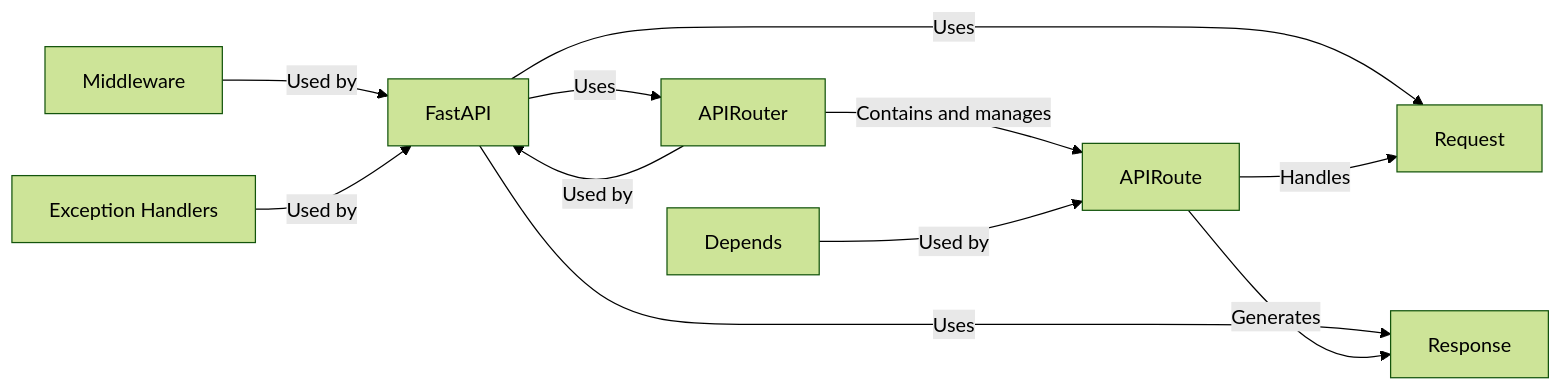
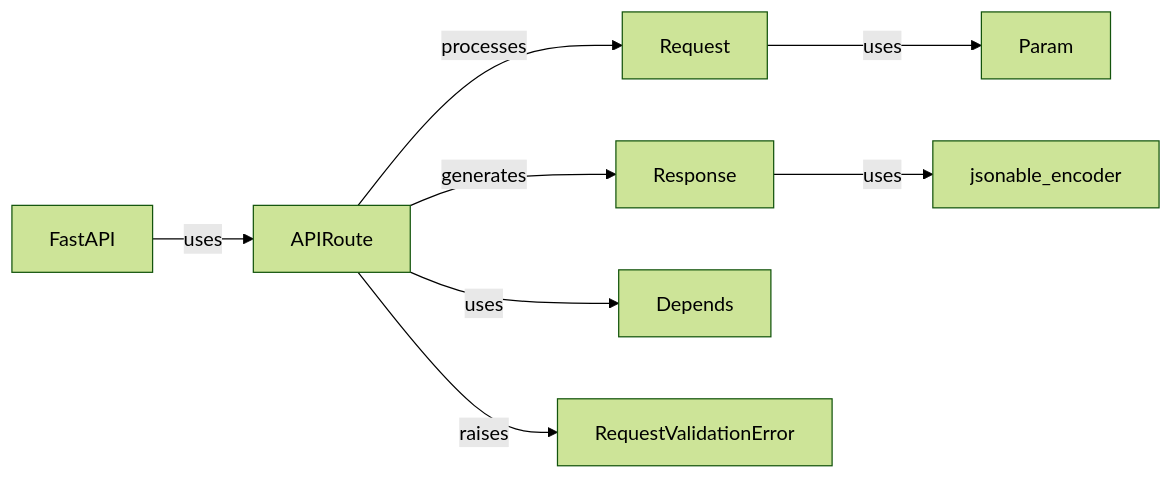
One commit to CodeBoarding/GeneratedOnBoardings changed the diagram in fastapi/Request_Response_Handling.md. Above: the diagram before and after it, drawn with Mermaid (forest theme). The commit also changed other lines of this file and 8 other files, not shown here.

````diff
--- a/fastapi/Request_Response_Handling.md
+++ b/fastapi/Request_Response_Handling.md
@@ -1,21 +1,18 @@
 ```mermaid
 graph LR
-    FastAPI["FastAPI"]
-    APIRouter["APIRouter"]
-    APIRoute["APIRoute"]
     Request["Request"]
     Response["Response"]
+    APIRoute["APIRoute"]
+    FastAPI["FastAPI"]
     Depends["Depends"]
-    Middleware["Middleware"]
-    Exception_Handlers["Exception Handlers"]
-    FastAPI -- "Uses" --> APIRouter
-    FastAPI -- "Uses" --> Request
-    FastAPI -- "Uses" --> Response
-    APIRouter -- "Contains and manages" --> APIRoute
-    APIRouter -- "Used by" --> FastAPI
-    APIRoute -- "Handles" --> Request
-    APIRoute -- "Generates" --> Response
-    Depends -- "Used by" --> APIRoute
-    Middleware -- "Used by" --> FastAPI
-    Exception_Handlers -- "Used by" --> FastAPI
+    RequestValidationError["RequestValidationError"]
+    jsonable_encoder["jsonable_encoder"]
+    Param["Param"]
+    APIRoute -- "uses" --> Depends
+    FastAPI -- "uses" --> APIRoute
+    APIRoute -- "raises" --> RequestValidationError
+    APIRoute -- "processes" --> Request
+    APIRoute -- "generates" --> Response
+    Response -- "uses" --> jsonable_encoder
+    Request -- "uses" --> Param
 ```
````
